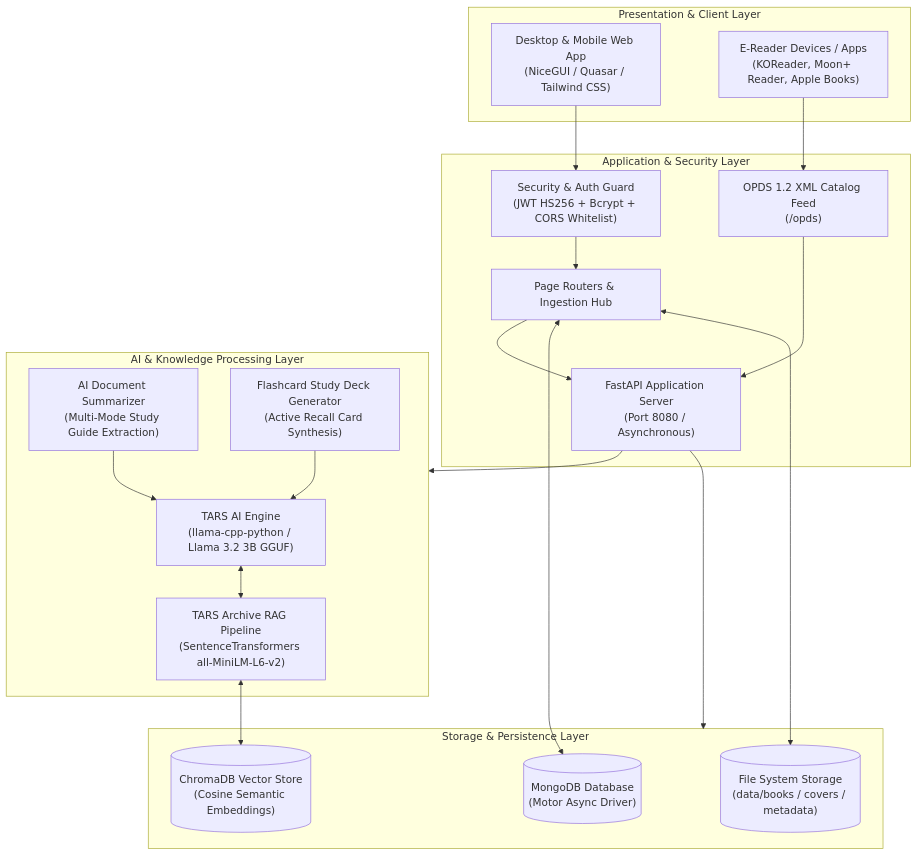
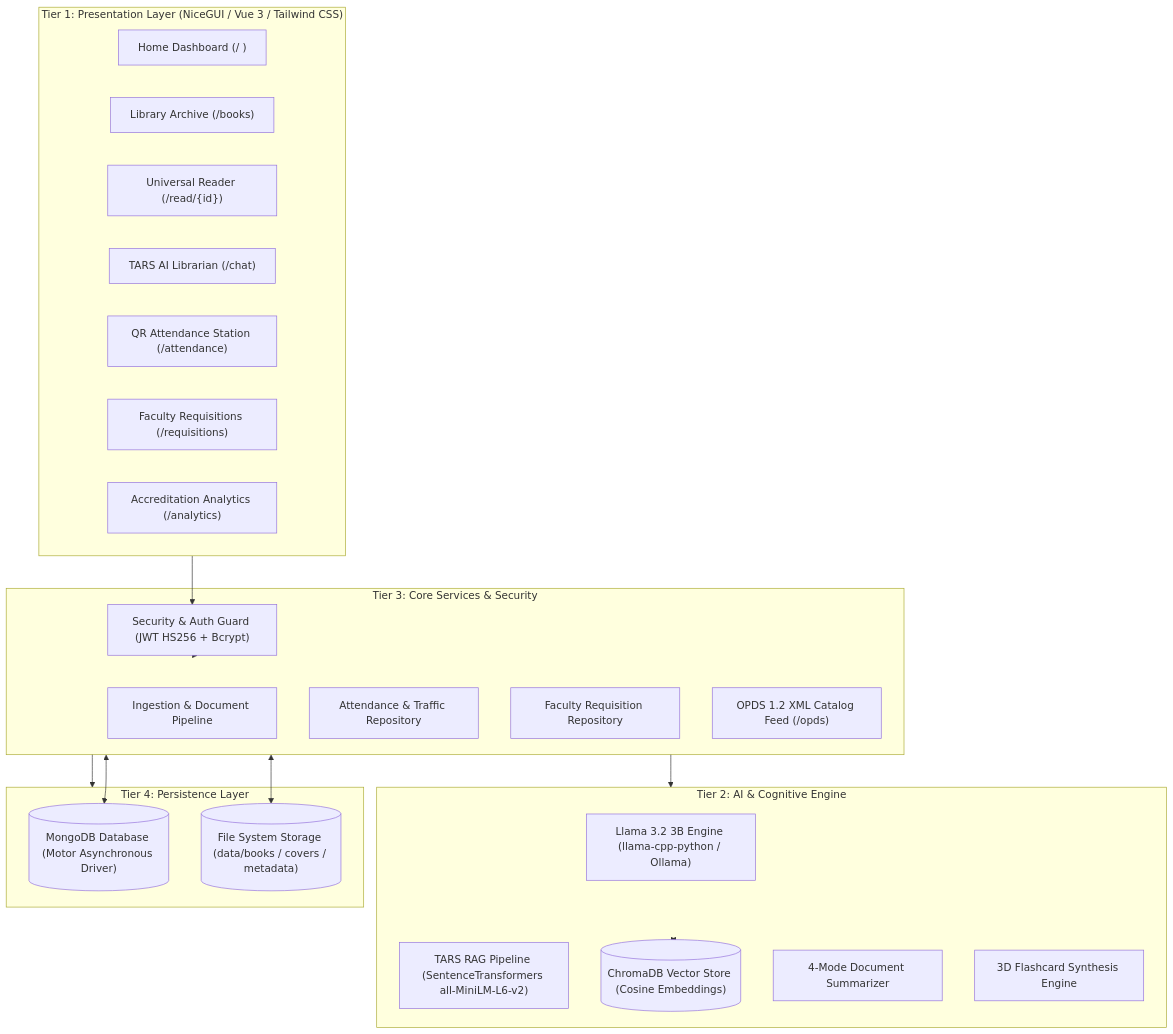
The diagram in README.md (K1ezy/Kieser-s-Libre-Library), drawn with Mermaid before and after one commit. The commit also changed other lines of this file and 38 other files, not shown here.

First line of the commit message:
feat(srs-alignment): implement QR attendance, faculty requisitions, analytics, RBAC, and HCI UI/UX validation

````diff
--- a/README.md
+++ b/README.md
@@ -33,44 +57,41 @@
 ```mermaid
 graph TD
-    subgraph Client["Presentation & Client Layer"]
-        Browser["Desktop & Mobile Web App<br/>(NiceGUI / Quasar / Tailwind CSS)"]
-        EReader["E-Reader Devices / Apps<br/>(KOReader, Moon+ Reader, Apple Books)"]
+    subgraph Presentation["Tier 1: Presentation Layer (NiceGUI / Vue 3 / Tailwind CSS)"]
+        UI_Home["Home Dashboard (/ )"]
+        UI_Library["Library Archive (/books)"]
+        UI_Reader["Universal Reader (/read/{id})"]
+        UI_Chat["TARS AI Librarian (/chat)"]
+        UI_Attendance["QR Attendance Station (/attendance)"]
+        UI_Requisitions["Faculty Requisitions (/requisitions)"]
+        UI_Analytics["Accreditation Analytics (/analytics)"]
     end
 
-    subgraph Server["Application & Security Layer"]
-        FastAPI["FastAPI Application Server<br/>(Port 8080 / Asynchronous)"]
-        AuthGuard["Security & Auth Guard<br/>(JWT HS256 + Bcrypt + CORS Whitelist)"]
-        Router["Page Routers & Ingestion Hub"]
-        OPDSRouter["OPDS 1.2 XML Catalog Feed<br/>(/opds)"]
+    subgraph Intelligence["Tier 2: AI & Cognitive Engine"]
+        LLM["Llama 3.2 3B Engine (llama-cpp-python / Ollama)"]
+        RAG["TARS RAG Pipeline (SentenceTransformers all-MiniLM-L6-v2)"]
+        VectorDB[("ChromaDB Vector Store (Cosine Embeddings)")]
+        Summarizer["4-Mode Document Summarizer"]
+        Flashcards["3D Flashcard Synthesis Engine"]
     end
 
-    subgraph Intelligence["AI & Knowledge Processing Layer"]
-        LLM["TARS AI Engine<br/>(llama-cpp-python / Llama 3.2 3B GGUF)"]
-        RAG["TARS Archive RAG Pipeline<br/>(SentenceTransformers all-MiniLM-L6-v2)"]
-        Summarizer["AI Document Summarizer<br/>(Multi-Mode Study Guide Extraction)"]
-        Planner["Flashcard Study Deck Generator<br/>(Active Recall Card Synthesis)"]
+    subgraph Business["Tier 3: Core Services & Security"]
+        AuthService["Security & Auth Guard (JWT HS256 + Bcrypt)"]
+        IngestService["Ingestion & Document Pipeline"]
+        AttendanceRepo["Attendance & Traffic Repository"]
+        RequisitionRepo["Faculty Requisition Repository"]
+        OPDSRouter["OPDS 1.2 XML Catalog Feed (/opds)"]
     end
 
-    subgraph Storage["Storage & Persistence Layer"]
-        Mongo[("MongoDB Database<br/>(Motor Async Driver)")]
-        Chroma[("ChromaDB Vector Store<br/>(Cosine Semantic Embeddings)")]
-        Disk[("File System Storage<br/>(data/books / covers / metadata)")]
+    subgraph Persistence["Tier 4: Persistence Layer"]
+        MongoDB[("MongoDB Database (Motor Asynchronous Driver)")]
+        DocStore[("File System Storage (data/books / covers / metadata)")]
     end
 
-    Browser --> AuthGuard
-    AuthGuard --> Router
-    Router --> FastAPI
-    EReader --> OPDSRouter
-    OPDSRouter --> FastAPI
-
-    FastAPI --> Intelligence
-    FastAPI --> Storage
-
-    LLM <--> RAG
-    RAG <--> Chroma
-    Summarizer --> LLM
-    Planner --> LLM
-
-    Router <--> Mongo
-    Router <--> Disk
+    Presentation --> AuthService
+    AuthService --> Business
+    Business --> Intelligence
+    Business --> Persistence
+    Intelligence <--> VectorDB
+    Business <--> MongoDB
+    Business <--> DocStore
 ```
````
